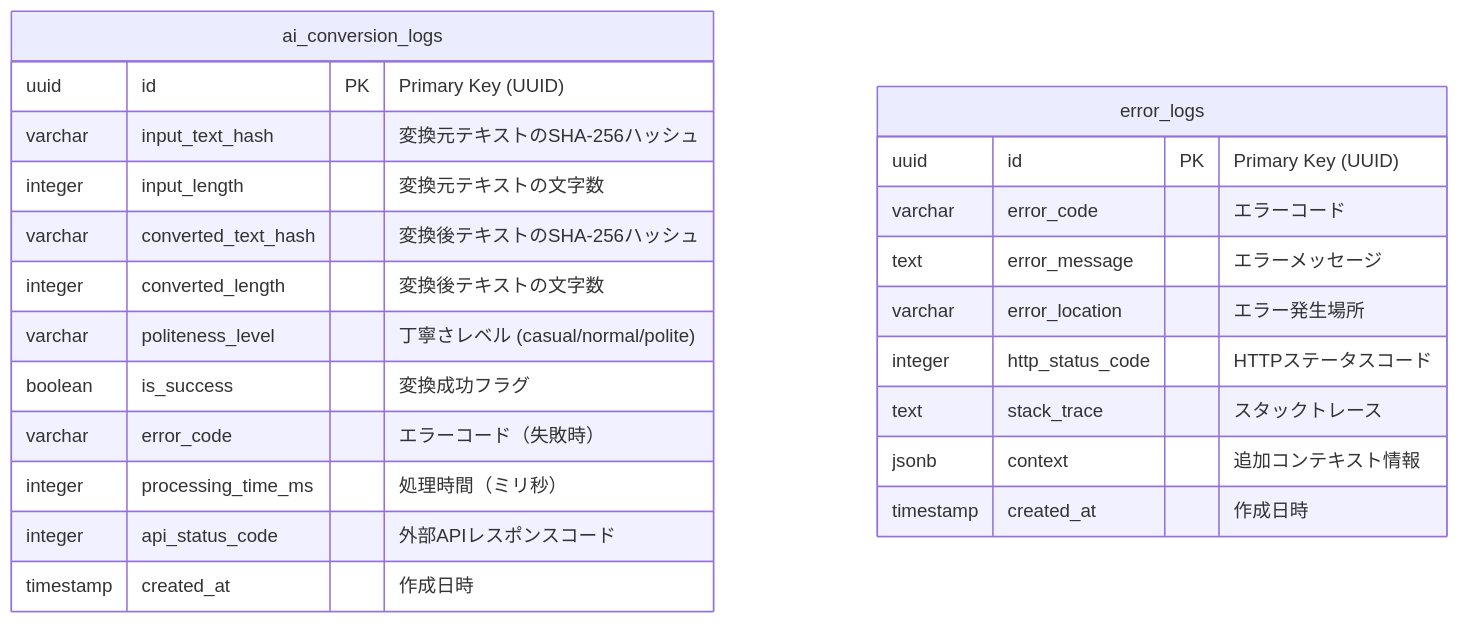
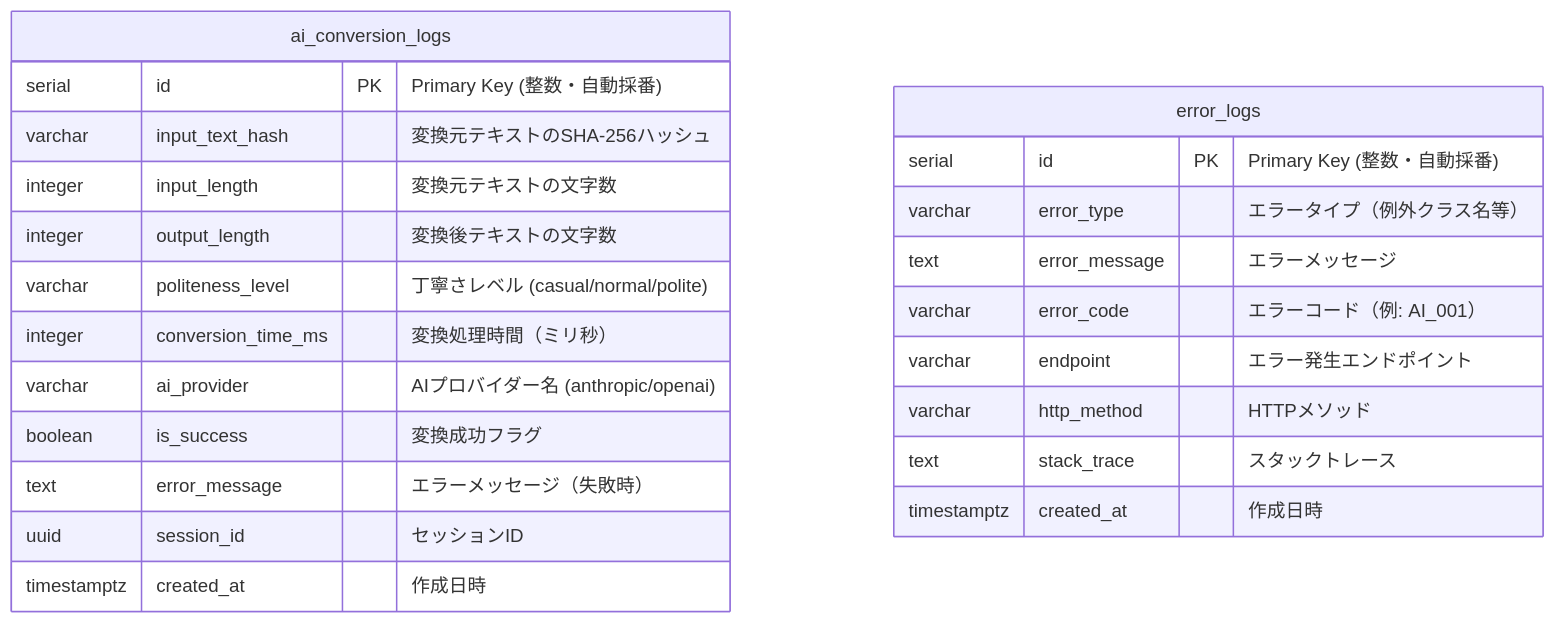
The diagram in docs/design/kotonoha/database-erd.md (mozuq-lab/kotonoha), drawn with Mermaid before and after one commit. The commit also changed other lines of this file and 18 other files, not shown here.

````diff
--- a/docs/design/kotonoha/database-erd.md
+++ b/docs/design/kotonoha/database-erd.md
@@ -12,27 +15,27 @@
 ```mermaid
 erDiagram
     ai_conversion_logs {
-        uuid id PK "Primary Key (UUID)"
+        serial id PK "Primary Key (整数・自動採番)"
         varchar input_text_hash "変換元テキストのSHA-256ハッシュ"
         integer input_length "変換元テキストの文字数"
-        varchar converted_text_hash "変換後テキストのSHA-256ハッシュ"
-        integer converted_length "変換後テキストの文字数"
+        integer output_length "変換後テキストの文字数"
         varchar politeness_level "丁寧さレベル (casual/normal/polite)"
+        integer conversion_time_ms "変換処理時間（ミリ秒）"
+        varchar ai_provider "AIプロバイダー名 (anthropic/openai)"
         boolean is_success "変換成功フラグ"
-        varchar error_code "エラーコード（失敗時）"
-        integer processing_time_ms "処理時間（ミリ秒）"
-        integer api_status_code "外部APIレスポンスコード"
-        timestamp created_at "作成日時"
+        text error_message "エラーメッセージ（失敗時）"
+        uuid session_id "セッションID"
+        timestamptz created_at "作成日時"
     }
 
     error_logs {
-        uuid id PK "Primary Key (UUID)"
-        varchar error_code "エラーコード"
+        serial id PK "Primary Key (整数・自動採番)"
+        varchar error_type "エラータイプ（例外クラス名等）"
         text error_message "エラーメッセージ"
-        varchar error_location "エラー発生場所"
-        integer http_status_code "HTTPステータスコード"
+        varchar error_code "エラーコード（例: AI_001）"
+        varchar endpoint "エラー発生エンドポイント"
+        varchar http_method "HTTPメソッド"
         text stack_trace "スタックトレース"
-        jsonb context "追加コンテキスト情報"
-        timestamp created_at "作成日時"
+        timestamptz created_at "作成日時"
     }
 ```
````
